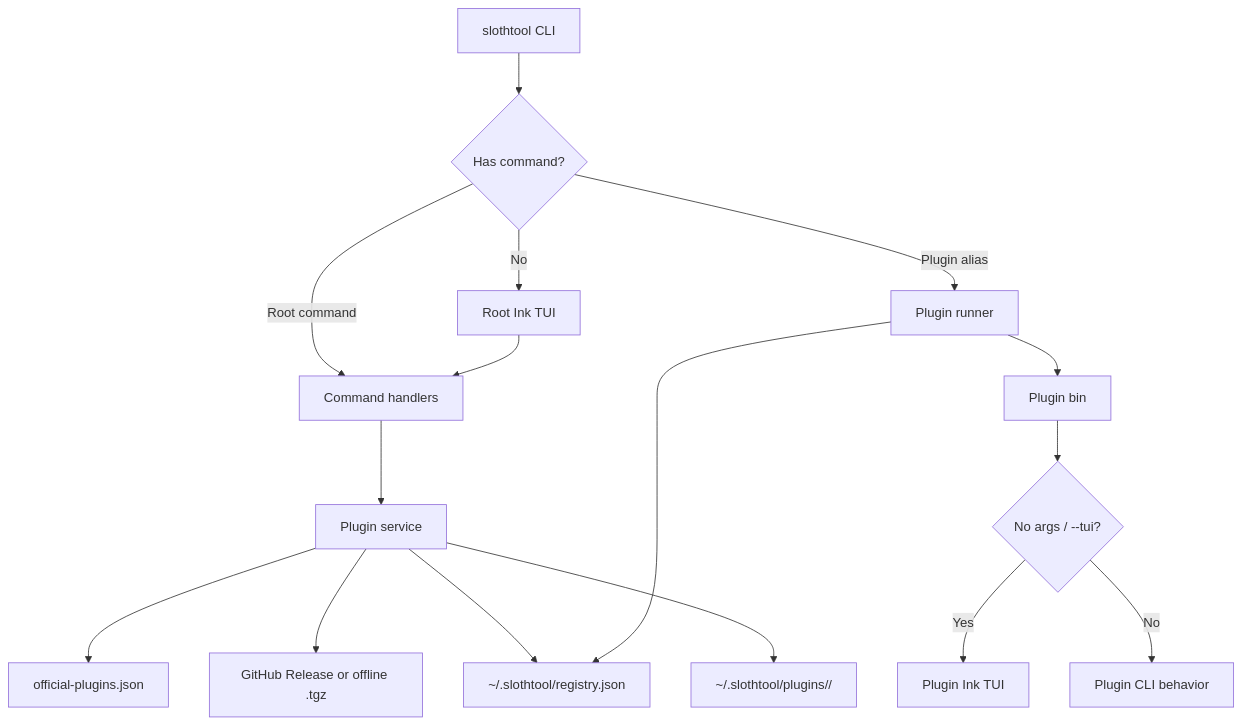
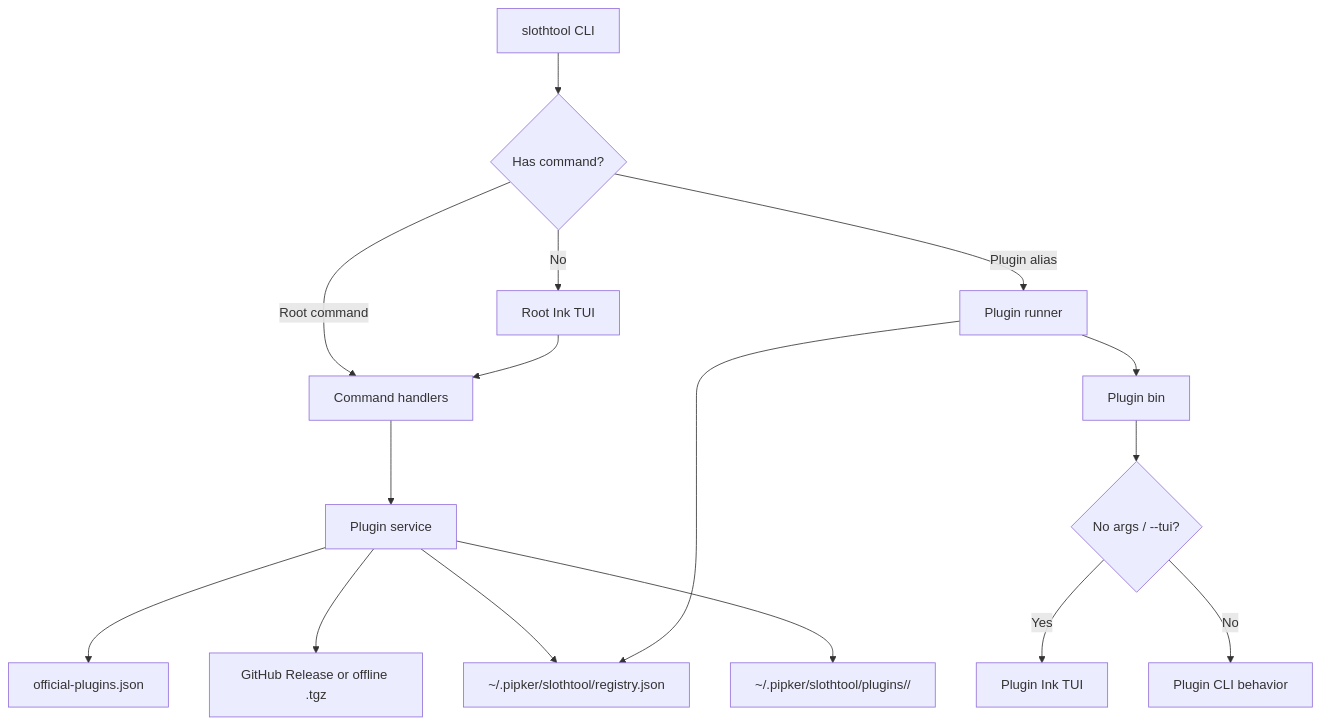
One commit to holic512/SlothTool changed the diagram in README.md. Above: the diagram before and after it, drawn with Mermaid. The commit also changed other lines of this file and 33 other files, not shown here.

Commit message:
[feat] [1.将 SlothTool 默认用户数据目录切换为 ~/.pipker/slothtool。 2.同步官方插件、文档、测试与发布版本。]

````diff
--- a/README.md
+++ b/README.md
@@ -260,18 +260,18 @@
 ```mermaid
 flowchart TD
     A["slothtool CLI"] --> B{"Has command?"}
     B -- "No" --> C["Root Ink TUI"]
     B -- "Root command" --> D["Command handlers"]
     B -- "Plugin alias" --> E["Plugin runner"]
     C --> D
     D --> F["Plugin service"]
     F --> G["official-plugins.json"]
     F --> H["GitHub Release or offline .tgz"]
-    F --> I["~/.slothtool/registry.json"]
-    F --> J["~/.slothtool/plugins/<alias>/"]
+    F --> I["~/.pipker/slothtool/registry.json"]
+    F --> J["~/.pipker/slothtool/plugins/<alias>/"]
     E --> I
     E --> K["Plugin bin"]
     K --> L{"No args / --tui?"}
     L -- "Yes" --> M["Plugin Ink TUI"]
     L -- "No" --> N["Plugin CLI behavior"]
 ```
````
